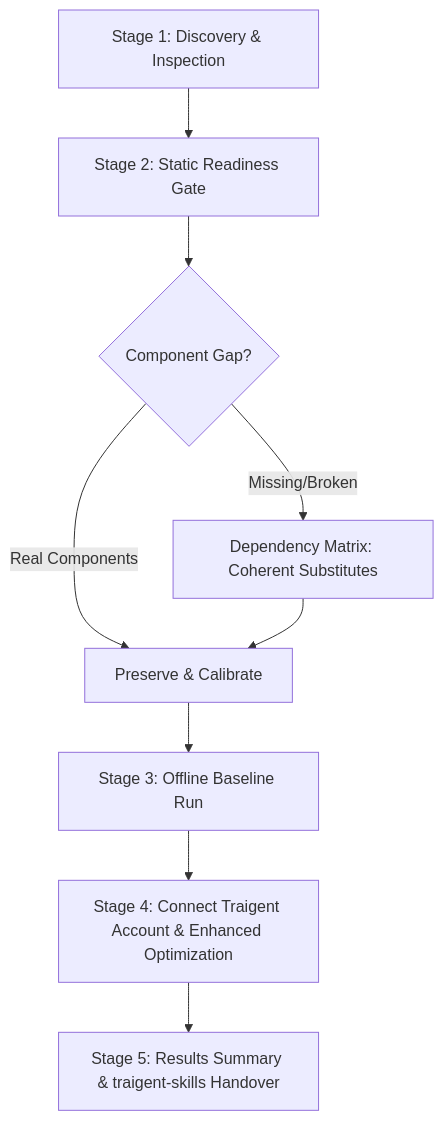
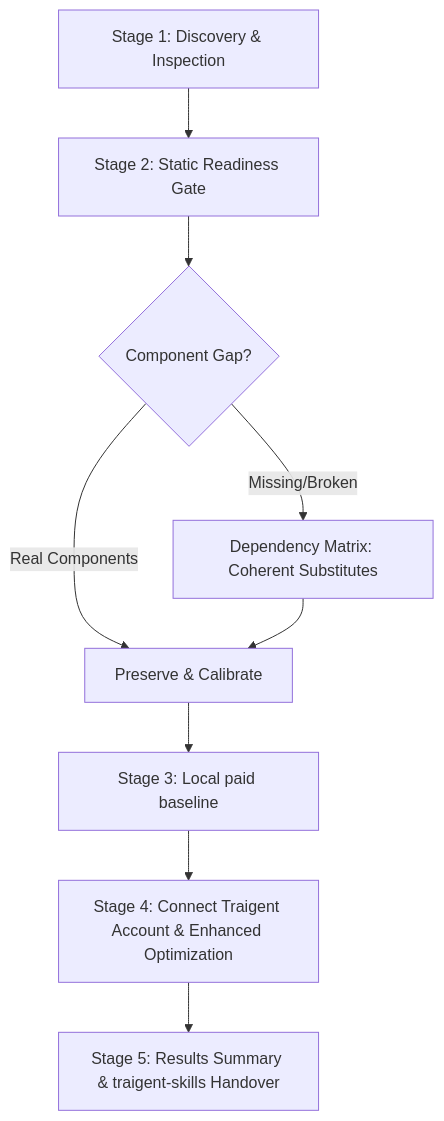
The diagram in README.md (Traigent/traigent-first-run), drawn with Mermaid before and after one commit. The commit also changed other lines of this file and 20 other files, not shown here.

````diff
--- a/README.md
+++ b/README.md
@@ -78,11 +78,11 @@
 ```mermaid
 flowchart TD
     A[Stage 1: Discovery & Inspection] --> B[Stage 2: Static Readiness Gate]
     B --> C{Component Gap?}
     C -- Real Components --> D[Preserve & Calibrate]
     C -- Missing/Broken --> E[Dependency Matrix: Coherent Substitutes]
     E --> D
-    D --> F[Stage 3: Offline Baseline Run]
+    D --> F[Stage 3: Local paid baseline]
     F --> G[Stage 4: Connect Traigent Account & Enhanced Optimization]
     G --> H[Stage 5: Results Summary & traigent-skills Handover]
 ```
````
